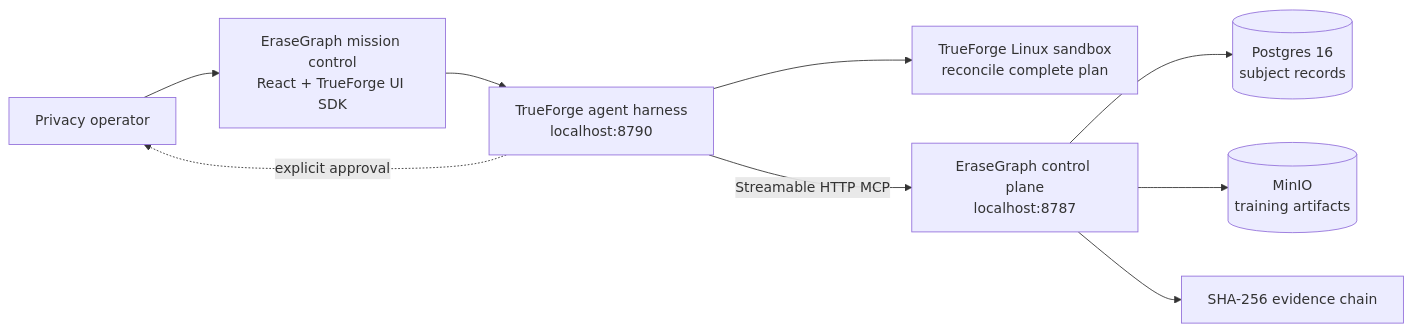
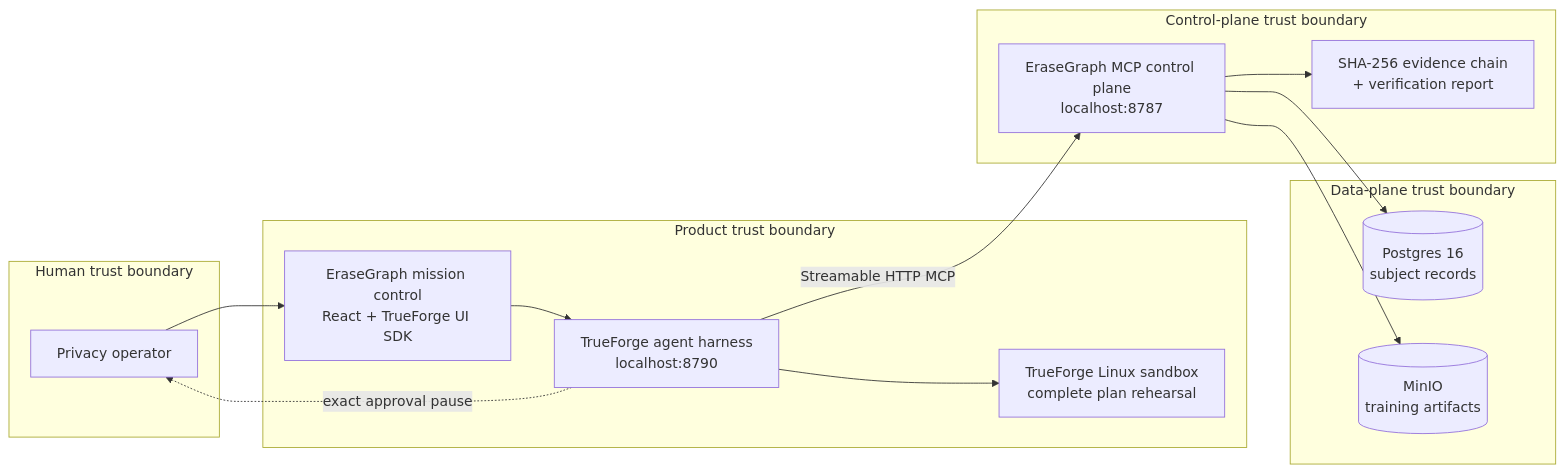
One commit to SahilRakhaiya05/EraseGraph changed the first of 2 diagrams in docs/ARCHITECTURE.md. Above: the diagram before and after it, drawn with Mermaid. The commit also changed other lines of this file and 6 other files, not shown here.

First line of the commit message:
feat: polish product UI, architecture diagram, and README

````diff
--- a/docs/ARCHITECTURE.md
+++ b/docs/ARCHITECTURE.md
@@ -5,11 +5,31 @@
 ```mermaid
 flowchart LR
-    O[Privacy operator] --> W[EraseGraph mission control\nReact + TrueForge UI SDK]
-    W --> T[TrueForge agent harness\nlocalhost:8790]
-    T --> S[TrueForge Linux sandbox\nreconcile complete plan]
-    T -->|Streamable HTTP MCP| C[EraseGraph control plane\nlocalhost:8787]
-    C --> P[(Postgres 16\nsubject records)]
-    C --> M[(MinIO\ntraining artifacts)]
-    C --> E[SHA-256 evidence chain]
-    T -. explicit approval .-> O
+    subgraph Human["Human trust boundary"]
+      O[Privacy operator]
+    end
+
+    subgraph Product["Product trust boundary"]
+      W[EraseGraph mission control\nReact + TrueForge UI SDK]
+      T[TrueForge agent harness\nlocalhost:8790]
+      S[TrueForge Linux sandbox\ncomplete plan rehearsal]
+    end
+
+    subgraph Control["Control-plane trust boundary"]
+      C[EraseGraph MCP control plane\nlocalhost:8787]
+      E[SHA-256 evidence chain\n+ verification report]
+    end
+
+    subgraph Data["Data-plane trust boundary"]
+      P[(Postgres 16\nsubject records)]
+      M[(MinIO\ntraining artifacts)]
+    end
+
+    O --> W
+    W --> T
+    T --> S
+    T -->|Streamable HTTP MCP| C
+    C --> P
+    C --> M
+    C --> E
+    T -. exact approval pause .-> O
 ```
````
